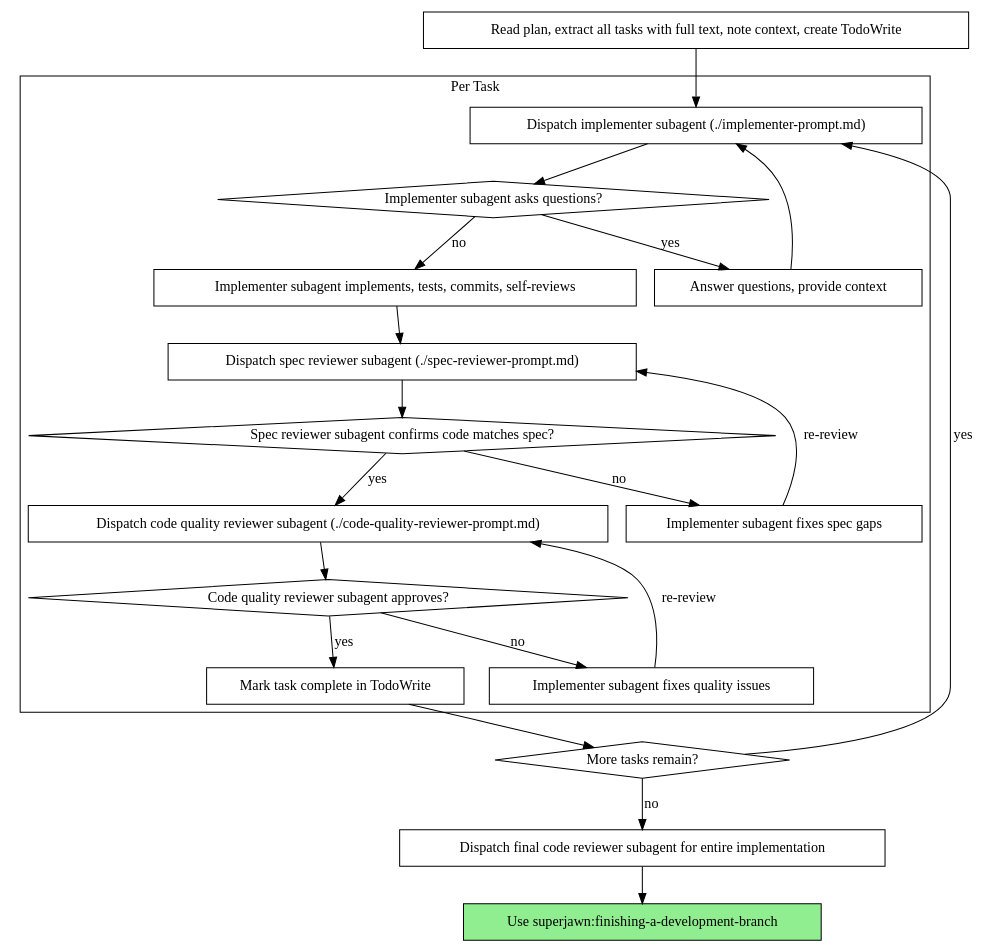
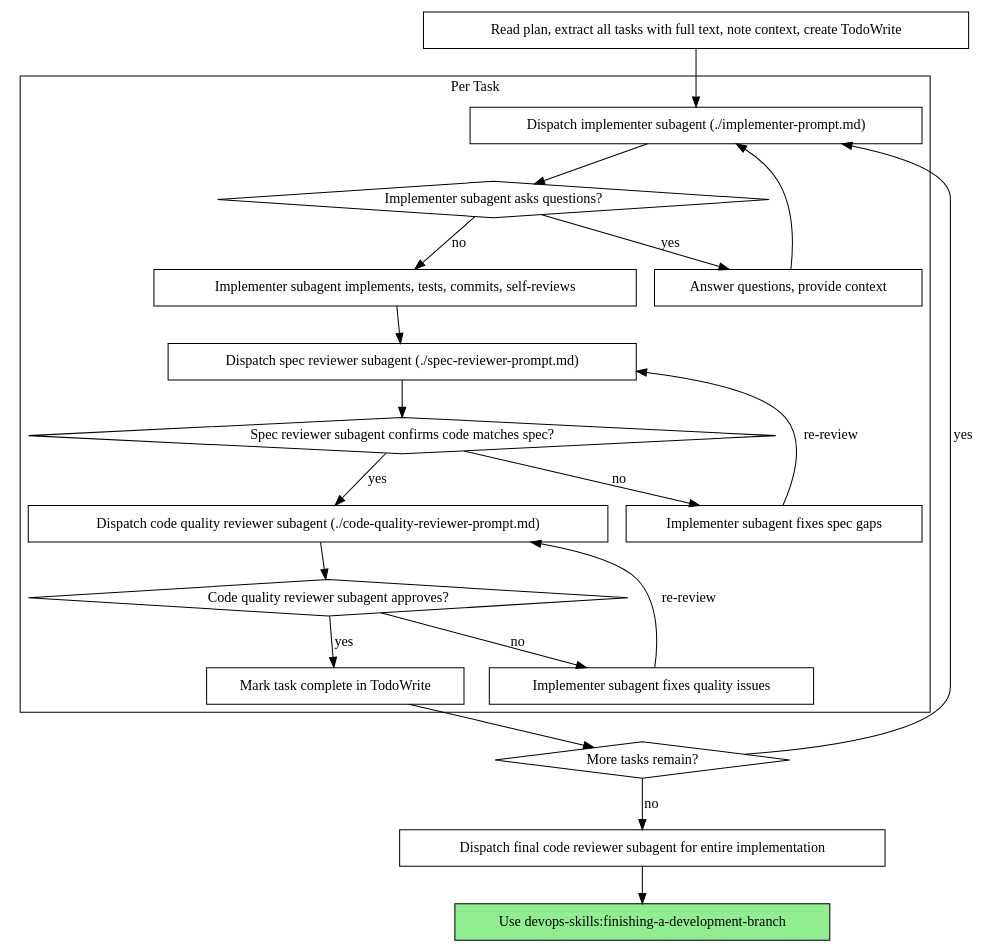
Before and after one commit to AbdulaiBah479/farmer-marketplace_232: the second of 2 diagrams in .agents/skills/subagent-driven-development/SKILL.md, drawn with Graphviz. The commit also changed other lines of this file and 7234 other files, not shown here.

````diff
--- a/.agents/skills/subagent-driven-development/SKILL.md
+++ b/.agents/skills/subagent-driven-development/SKILL.md
@@ -53,44 +40,44 @@
 ```dot
 digraph process {
     rankdir=TB;
 
     subgraph cluster_per_task {
         label="Per Task";
         "Dispatch implementer subagent (./implementer-prompt.md)" [shape=box];
         "Implementer subagent asks questions?" [shape=diamond];
         "Answer questions, provide context" [shape=box];
         "Implementer subagent implements, tests, commits, self-reviews" [shape=box];
         "Dispatch spec reviewer subagent (./spec-reviewer-prompt.md)" [shape=box];
         "Spec reviewer subagent confirms code matches spec?" [shape=diamond];
         "Implementer subagent fixes spec gaps" [shape=box];
         "Dispatch code quality reviewer subagent (./code-quality-reviewer-prompt.md)" [shape=box];
         "Code quality reviewer subagent approves?" [shape=diamond];
         "Implementer subagent fixes quality issues" [shape=box];
         "Mark task complete in TodoWrite" [shape=box];
     }
 
     "Read plan, extract all tasks with full text, note context, create TodoWrite" [shape=box];
     "More tasks remain?" [shape=diamond];
     "Dispatch final code reviewer subagent for entire implementation" [shape=box];
-    "Use superjawn:finishing-a-development-branch" [shape=box style=filled fillcolor=lightgreen];
+    "Use devops-skills:finishing-a-development-branch" [shape=box style=filled fillcolor=lightgreen];
 
     "Read plan, extract all tasks with full text, note context, create TodoWrite" -> "Dispatch implementer subagent (./implementer-prompt.md)";
     "Dispatch implementer subagent (./implementer-prompt.md)" -> "Implementer subagent asks questions?";
     "Implementer subagent asks questions?" -> "Answer questions, provide context" [label="yes"];
     "Answer questions, provide context" -> "Dispatch implementer subagent (./implementer-prompt.md)";
     "Implementer subagent asks questions?" -> "Implementer subagent implements, tests, commits, self-reviews" [label="no"];
     "Implementer subagent implements, tests, commits, self-reviews" -> "Dispatch spec reviewer subagent (./spec-reviewer-prompt.md)";
     "Dispatch spec reviewer subagent (./spec-reviewer-prompt.md)" -> "Spec reviewer subagent confirms code matches spec?";
     "Spec reviewer subagent confirms code matches spec?" -> "Implementer subagent fixes spec gaps" [label="no"];
     "Implementer subagent fixes spec gaps" -> "Dispatch spec reviewer subagent (./spec-reviewer-prompt.md)" [label="re-review"];
     "Spec reviewer subagent confirms code matches spec?" -> "Dispatch code quality reviewer subagent (./code-quality-reviewer-prompt.md)" [label="yes"];
     "Dispatch code quality reviewer subagent (./code-quality-reviewer-prompt.md)" -> "Code quality reviewer subagent approves?";
     "Code quality reviewer subagent approves?" -> "Implementer subagent fixes quality issues" [label="no"];
     "Implementer subagent fixes quality issues" -> "Dispatch code quality reviewer subagent (./code-quality-reviewer-prompt.md)" [label="re-review"];
     "Code quality reviewer subagent approves?" -> "Mark task complete in TodoWrite" [label="yes"];
     "Mark task complete in TodoWrite" -> "More tasks remain?";
     "More tasks remain?" -> "Dispatch implementer subagent (./implementer-prompt.md)" [label="yes"];
     "More tasks remain?" -> "Dispatch final code reviewer subagent for entire implementation" [label="no"];
-    "Dispatch final code reviewer subagent for entire implementation" -> "Use superjawn:finishing-a-development-branch";
+    "Dispatch final code reviewer subagent for entire implementation" -> "Use devops-skills:finishing-a-development-branch";
 }
 ```
````
